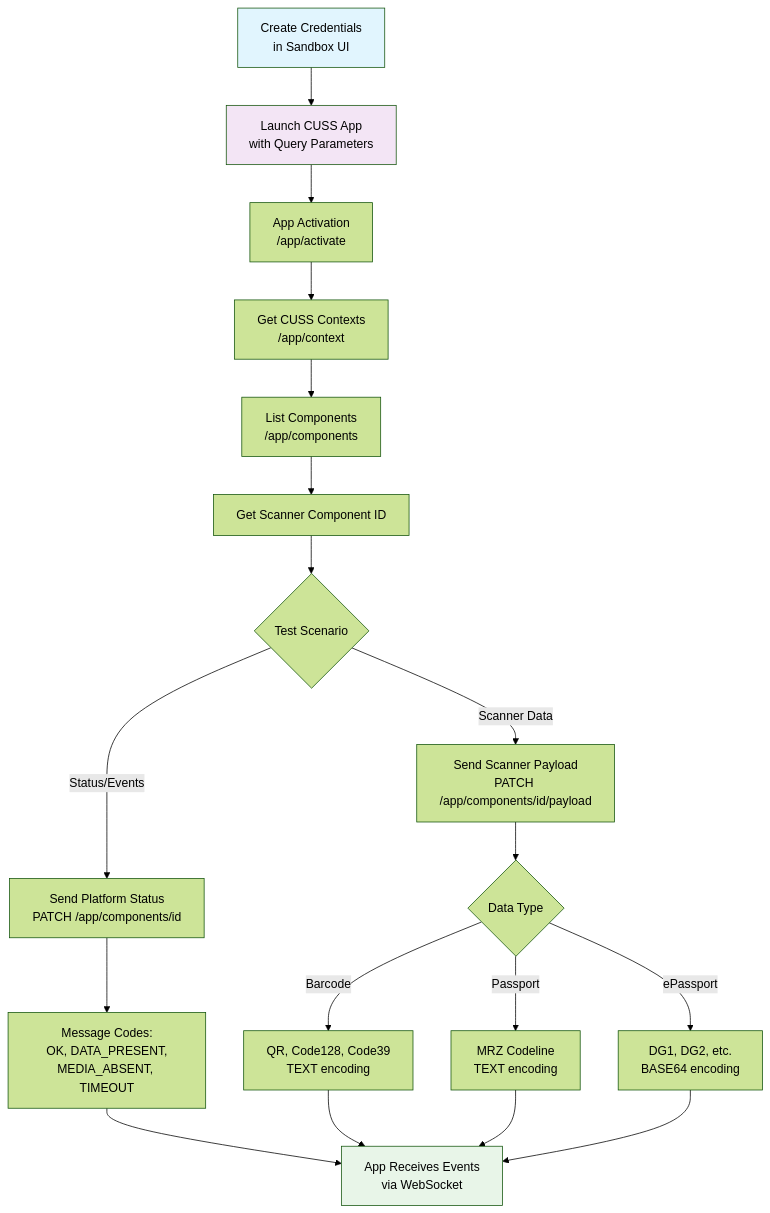
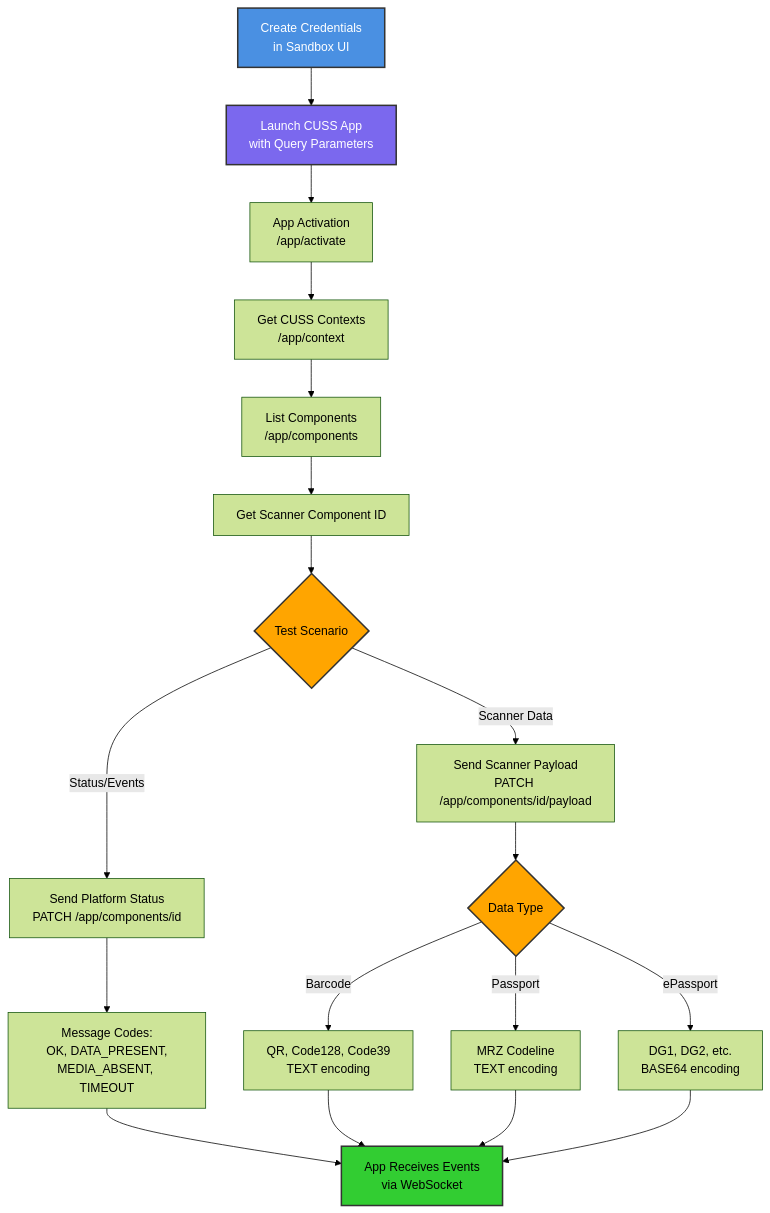
The diagram in README.md (elevationai/CUSS2-Sandbox-Docs), drawn with Mermaid (forest theme) before and after one commit.

Commit message:
Improve Mermaid diagram readability in dark/light modes
Updated diagram styling with better color contrast and explicit
text colors to ensure readability in both dark and light GitHub themes.

````diff
--- a/README.md
+++ b/README.md
@@ -5,28 +5,30 @@
 ```mermaid
 flowchart TB
     A[Create Credentials<br/>in Sandbox UI] --> B[Launch CUSS App<br/>with Query Parameters]
     B --> C[App Activation<br/>/app/activate]
     C --> D[Get CUSS Contexts<br/>/app/context]
     D --> E[List Components<br/>/app/components]
     E --> F[Get Scanner Component ID]
     F --> G{Test Scenario}
     
     G -->|Status/Events| H[Send Platform Status<br/>PATCH /app/components/id]
     G -->|Scanner Data| I[Send Scanner Payload<br/>PATCH /app/components/id/payload]
     
     H --> H1[Message Codes:<br/>OK, DATA_PRESENT,<br/>MEDIA_ABSENT, TIMEOUT]
     
     I --> I1{Data Type}
     I1 -->|Barcode| J[QR, Code128, Code39<br/>TEXT encoding]
     I1 -->|Passport| K[MRZ Codeline<br/>TEXT encoding]
     I1 -->|ePassport| L[DG1, DG2, etc.<br/>BASE64 encoding]
     
     H1 --> M[App Receives Events<br/>via WebSocket]
     J --> M
     K --> M
     L --> M
     
-    style A fill:#e1f5fe
-    style B fill:#f3e5f5
-    style M fill:#e8f5e8
+    style A fill:#4a90e2,stroke:#333,stroke-width:2px,color:#fff
+    style B fill:#7b68ee,stroke:#333,stroke-width:2px,color:#fff
+    style M fill:#32cd32,stroke:#333,stroke-width:2px,color:#000
+    style G fill:#ffa500,stroke:#333,stroke-width:2px,color:#000
+    style I1 fill:#ffa500,stroke:#333,stroke-width:2px,color:#000
 ```
````
